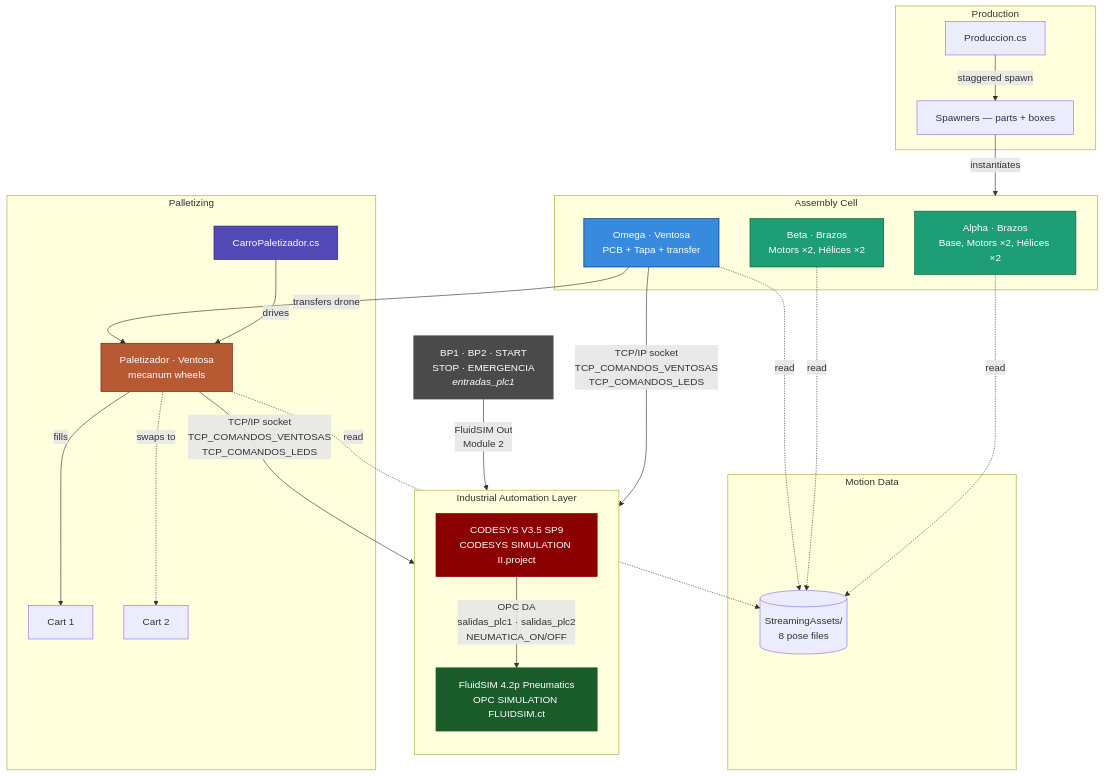
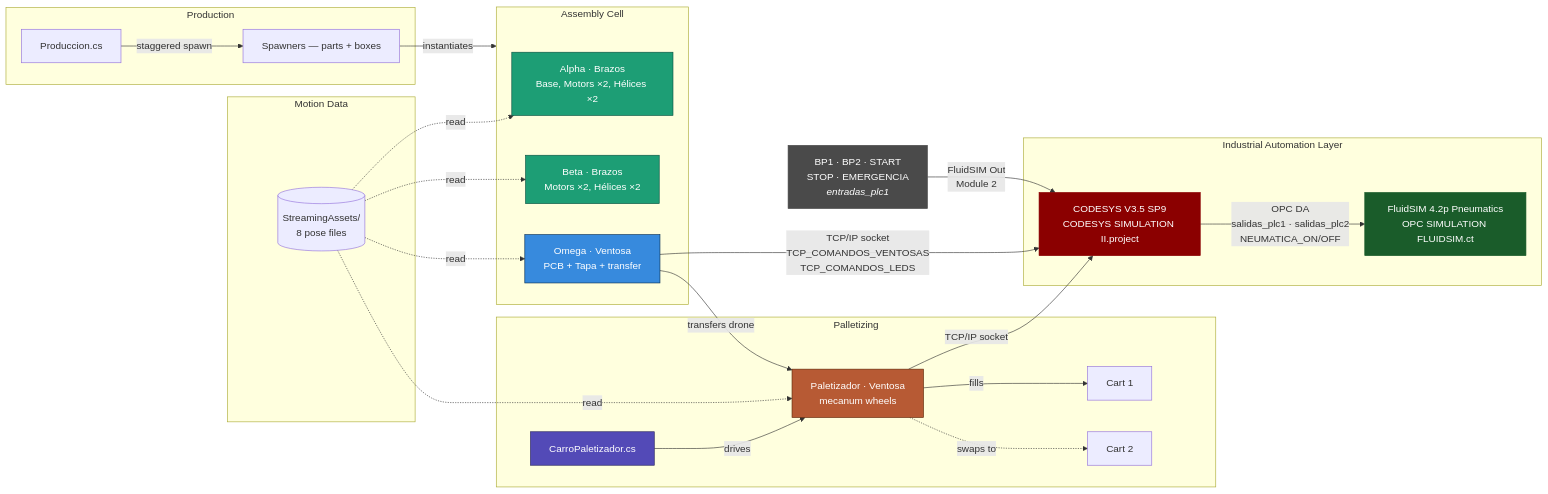
Before and after one commit to jorgefajardom-coder/drone-packaging-simulation-unity: the fourth of 12 diagrams in README.md, drawn with Mermaid. The commit also changed other lines of this file, not shown here.

First line of the commit message:
docs: restructure diagrams to eliminate arrow overlaps

````diff
--- a/README.md
+++ b/README.md
@@ -318,46 +324,49 @@
 ```mermaid
-graph TB
-    subgraph EXT["Industrial Automation Layer"]
-        direction TB
-        PLC["CODESYS V3.5 SP9<br/>CODESYS SIMULATION II.project"]
-        OPC["FluidSIM 4.2p Pneumatics<br/>OPC SIMULATION FLUIDSIM.ct"]
-        PLC -->|"OPC DA<br/>salidas_plc1 · salidas_plc2<br/>NEUMATICA_ON/OFF"| OPC
-    end
-
+graph LR
     subgraph PROD["Production"]
         P[Produccion.cs] -->|staggered spawn| SP[Spawners — parts + boxes]
     end
 
     subgraph JSON["Motion Data"]
         JF[(StreamingAssets/<br/>8 pose files)]
     end
 
     subgraph ASSEMBLY["Assembly Cell"]
         B1[Alpha · Brazos<br/>Base, Motors ×2, Hélices ×2]
         B2[Beta · Brazos<br/>Motors ×2, Hélices ×2]
         B3[Omega · Ventosa<br/>PCB + Tapa + transfer]
     end
 
     subgraph PALLET["Palletizing"]
         CARRO[CarroPaletizador.cs] -->|drives| B4[Paletizador · Ventosa<br/>mecanum wheels]
         B4 -->|fills| C1[Cart 1]
         B4 -.->|swaps to| C2[Cart 2]
     end
 
+    subgraph EXT["Industrial Automation Layer"]
+        PLC["CODESYS V3.5 SP9<br/>CODESYS SIMULATION II.project"]
+        OPC["FluidSIM 4.2p Pneumatics<br/>OPC SIMULATION FLUIDSIM.ct"]
+        PLC -->|"OPC DA<br/>salidas_plc1 · salidas_plc2<br/>NEUMATICA_ON/OFF"| OPC
+    end
+
     HW["BP1 · BP2 · START<br/>STOP · EMERGENCIA<br/><i>entradas_plc1</i>"]
 
     SP -->|instantiates| ASSEMBLY
-    B1 & B2 & B3 & B4 -. read .-> JF
+    JF -. read .-> B1
+    JF -. read .-> B2
+    JF -. read .-> B3
+    JF -. read .-> B4
     B3 -->|transfers drone| B4
-    B3 & B4 -->|"TCP/IP socket<br/>TCP_COMANDOS_VENTOSAS<br/>TCP_COMANDOS_LEDS"| PLC
+    B3 -->|"TCP/IP socket<br/>TCP_COMANDOS_VENTOSAS<br/>TCP_COMANDOS_LEDS"| PLC
+    B4 -->|TCP/IP socket| PLC
     HW -->|"FluidSIM Out<br/>Module 2"| PLC
 
     style B1 fill:#1D9E75,stroke:#085041,color:#fff
     style B2 fill:#1D9E75,stroke:#085041,color:#fff
     style B3 fill:#378ADD,stroke:#042C53,color:#fff
     style B4 fill:#B75A34,stroke:#5C2506,color:#fff
     style CARRO fill:#534AB7,stroke:#26215C,color:#fff
     style PLC fill:#8b0000,color:#fff,stroke:#8b0000
     style OPC fill:#1a5c2a,color:#fff,stroke:#1a5c2a
     style HW fill:#4a4a4a,color:#fff,stroke:#4a4a4a
 ```
````
